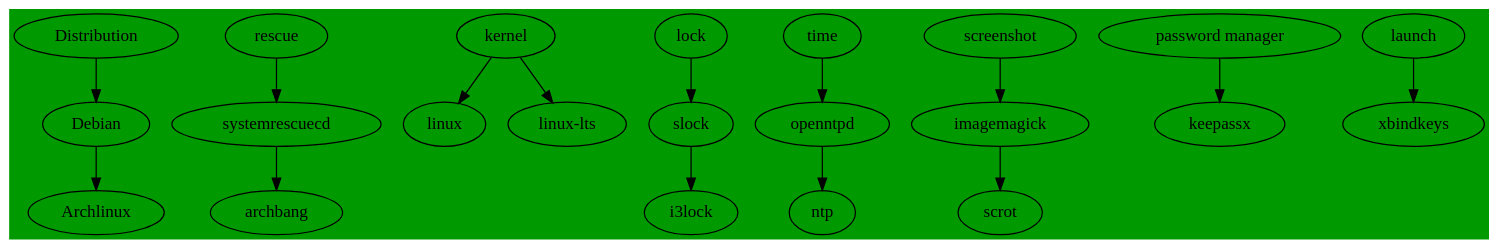
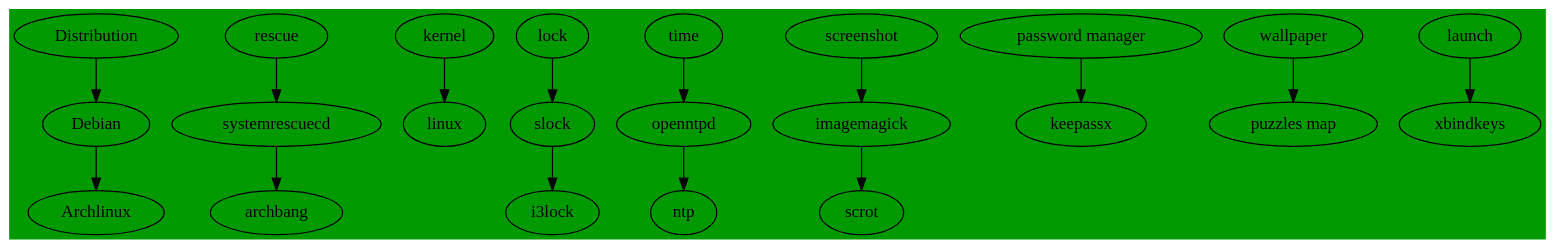
One commit to cdede/dotfiles changed the diagram in dot/.config/dupl/timeline.dot. Above: the diagram before and after it, drawn with Graphviz.

```diff
--- a/dot/.config/dupl/timeline.dot
+++ b/dot/.config/dupl/timeline.dot
@@ -1,16 +1,14 @@
 //dot -Tpng timeline.dot -o line.png
 digraph G {
   bgcolor ="#009900";
 
   Distribution -> Debian -> Archlinux;
   rescue ->systemrescuecd->archbang;
 kernel ->linux;
   lock -> slock->i3lock;
   time -> openntpd->ntp;
 screenshot->imagemagick->scrot ;
 "password manager"->keepassx;
-
-
-kernel ->"linux-lts";
+wallpaper ->"puzzles map";
 "launch"->"xbindkeys";
 }
```
